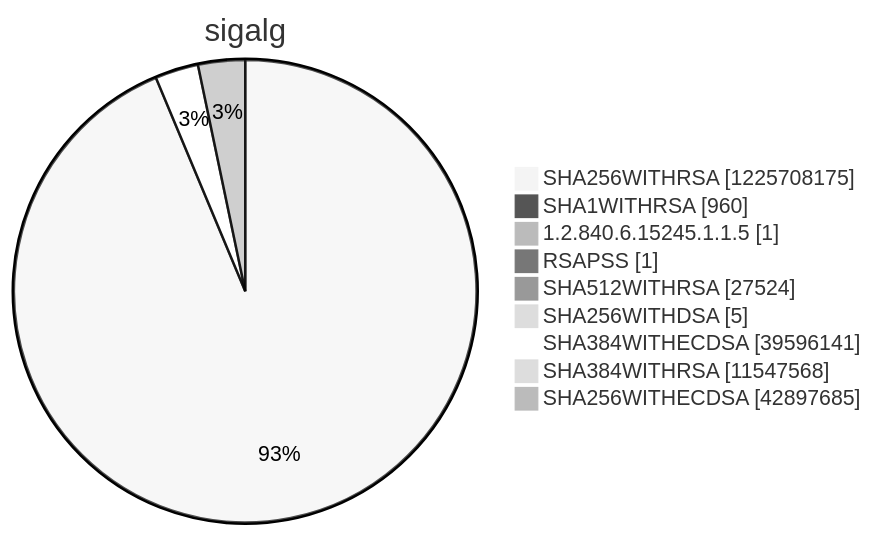
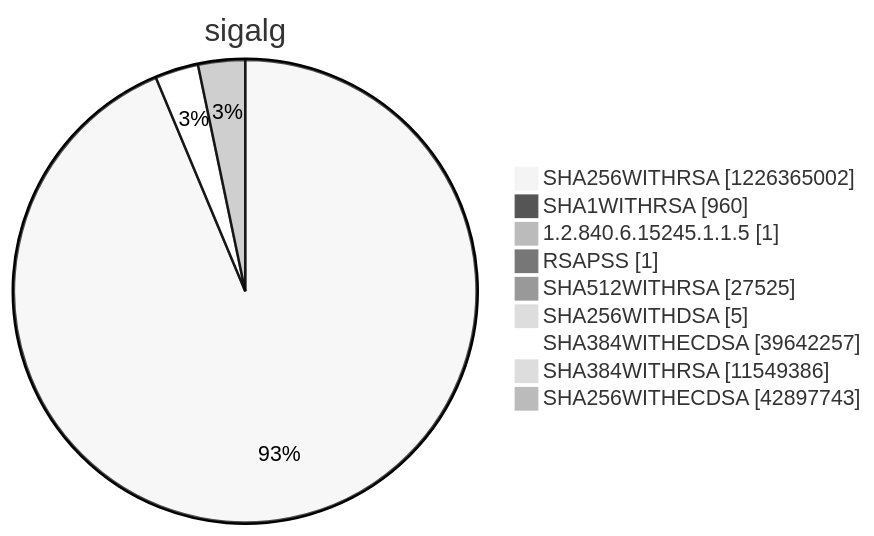
Before and after one commit to christiankrug/ctmonitor_visualization: diagram 15 of 15 in argon2022/README.md, drawn with Mermaid (neutral theme). The commit also changed other lines of this file, not shown here.

````diff
--- a/argon2022/README.md
+++ b/argon2022/README.md
@@ -5521,13 +5521,13 @@
 ```mermaid
 pie showData
 title sigalg
-"SHA256WITHRSA" :1225708175
+"SHA256WITHRSA" :1226365002
 "SHA1WITHRSA" :960
 "1.2.840.6.15245.1.1.5" :1
 "RSAPSS" :1
-"SHA512WITHRSA" :27524
+"SHA512WITHRSA" :27525
 "SHA256WITHDSA" :5
-"SHA384WITHECDSA" :39596141
-"SHA384WITHRSA" :11547568
-"SHA256WITHECDSA" :42897685
+"SHA384WITHECDSA" :39642257
+"SHA384WITHRSA" :11549386
+"SHA256WITHECDSA" :42897743
 ```
````
